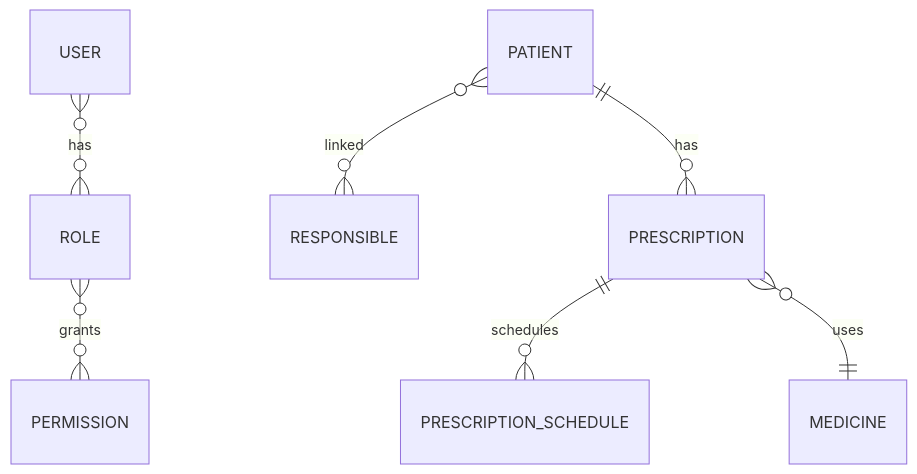
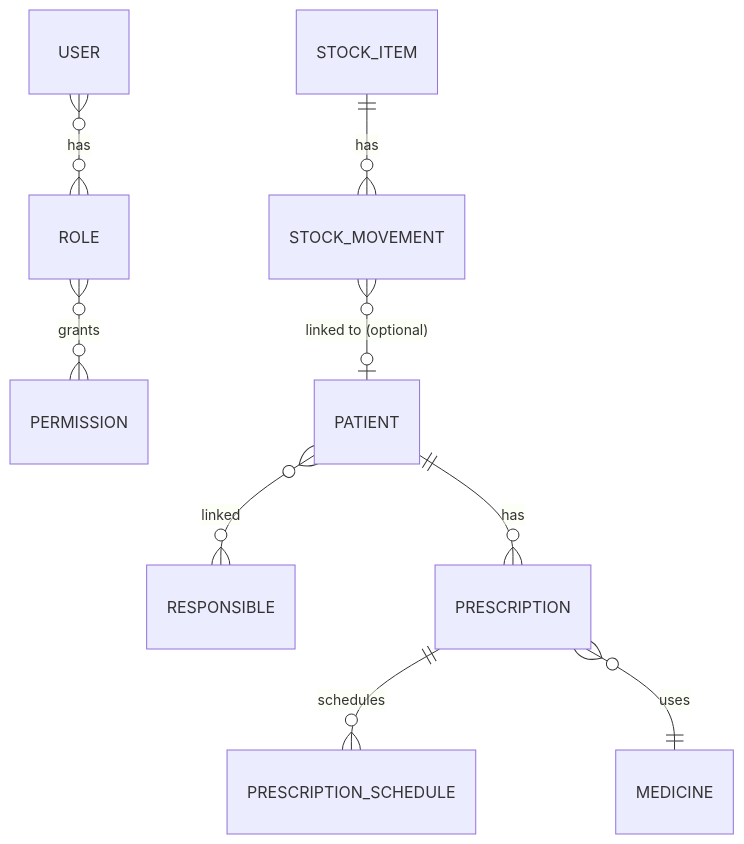
Before and after one commit to DevDanielAlvarez/Extension-API: the second of 3 diagrams in ESPECIFICACOES.md, drawn with Mermaid. The commit also changed other lines of this file and 67 other files, not shown here.

````diff
--- a/ESPECIFICACOES.md
+++ b/ESPECIFICACOES.md
@@ -76,9 +79,11 @@
 ```mermaid
 erDiagram
 USER }o--o{ ROLE : has
 ROLE }o--o{ PERMISSION : grants
 PATIENT }o--o{ RESPONSIBLE : linked
 PATIENT ||--o{ PRESCRIPTION : has
 PRESCRIPTION ||--o{ PRESCRIPTION_SCHEDULE : schedules
 PRESCRIPTION }o--|| MEDICINE : uses
+STOCK_ITEM ||--o{ STOCK_MOVEMENT : has
+STOCK_MOVEMENT }o--o| PATIENT : "linked to (optional)"
 ```
````
